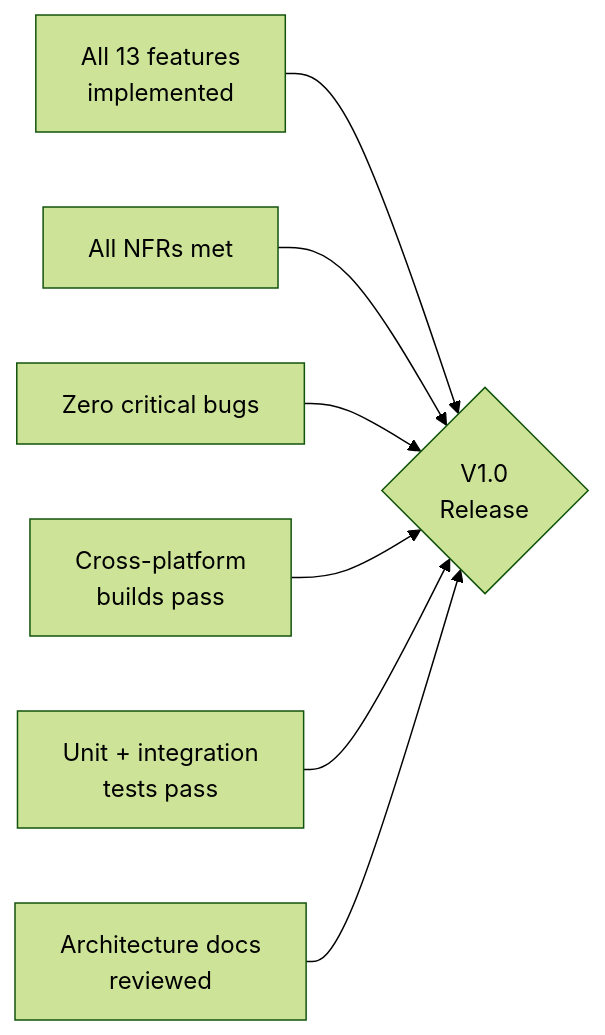
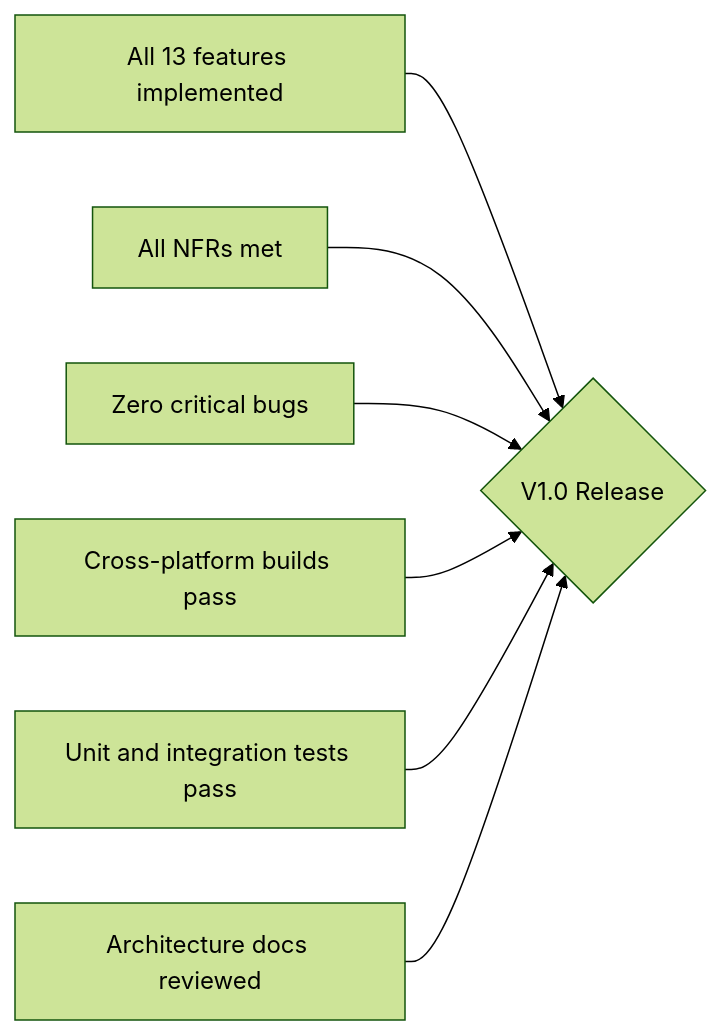
The diagram in docs/architecture/01_PRODUCT_REQUIREMENTS.md (sanromarth/ornas), drawn with Mermaid (forest theme) before and after one commit. The commit also changed 80 other files, not shown here.

````diff
--- a/docs/architecture/01_PRODUCT_REQUIREMENTS.md
+++ b/docs/architecture/01_PRODUCT_REQUIREMENTS.md
@@ -131,9 +131,9 @@
 ```mermaid
 graph LR
-    A[All 13 features<br>implemented] --> G{V1.0<br>Release}
+    A[All 13 features implemented] --> G{V1.0 Release}
     B[All NFRs met] --> G
     C[Zero critical bugs] --> G
-    D["Cross-platform<br>builds pass"] --> G
-    E["Unit + integration<br>tests pass"] --> G
-    F[Architecture docs<br>reviewed] --> G
+    D[Cross-platform builds pass] --> G
+    E[Unit and integration tests pass] --> G
+    F[Architecture docs reviewed] --> G
 ```
````
